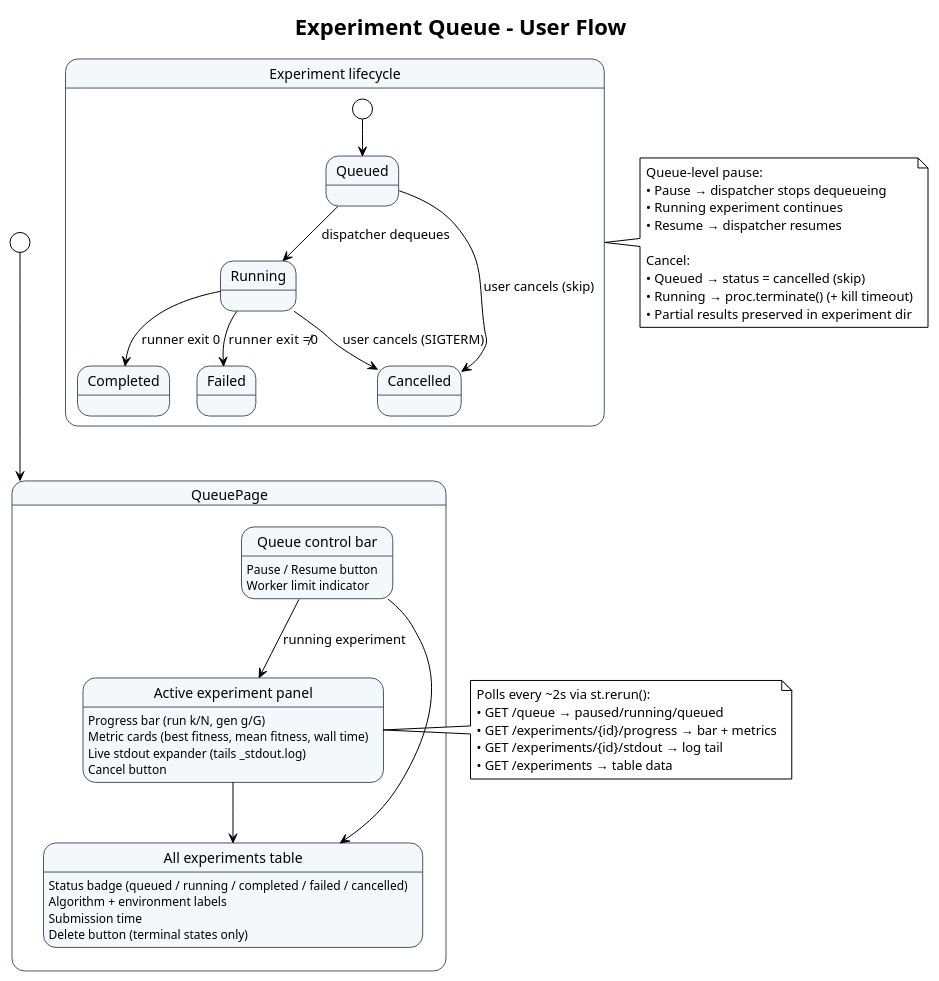
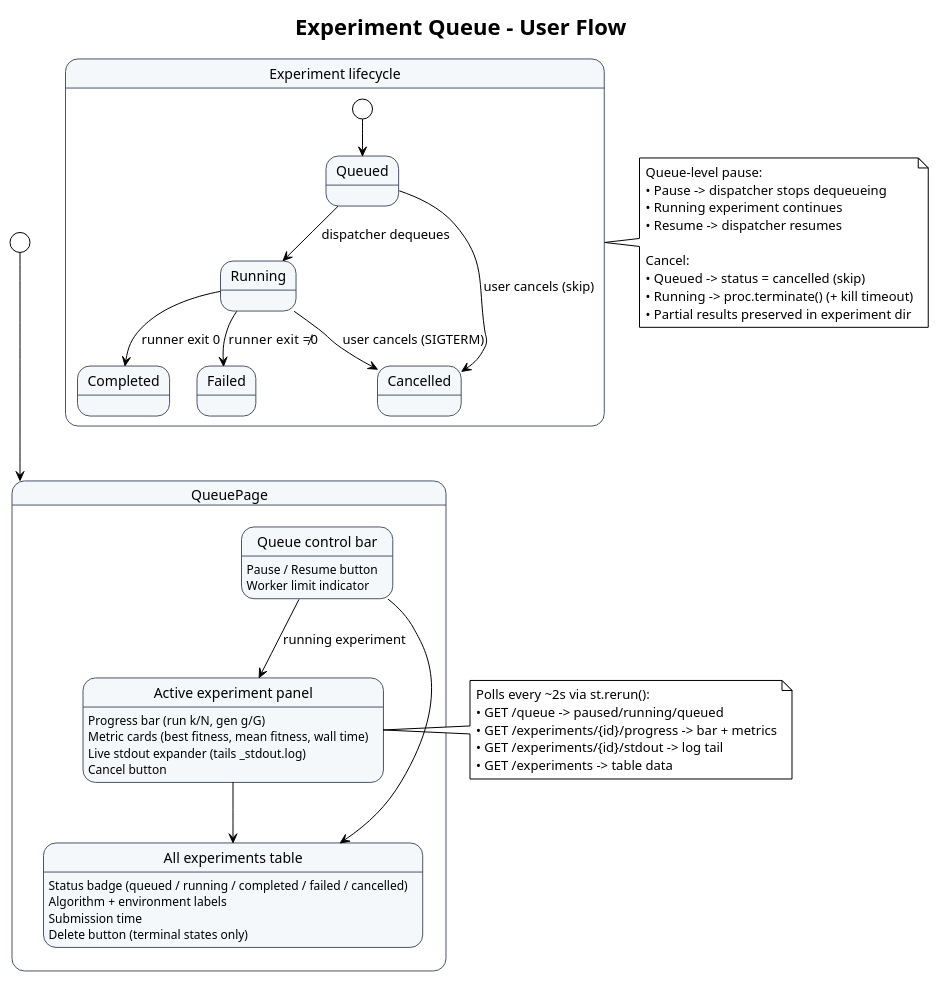
One commit to Alex180504/DEAP-Zoo-bridge changed the diagram in docs/UML/user_flow_queue.puml. Above: the diagram before and after it, drawn with PlantUML. The commit also changed 76 other files, not shown here.

```diff
--- a/docs/UML/user_flow_queue.puml
+++ b/docs/UML/user_flow_queue.puml
@@ -1,63 +1,63 @@
 @startuml user_flow_queue
 !theme plain
 title Experiment Queue – User Flow
 
 skinparam state {
   BackgroundColor #F5F8FA
   BorderColor #4A5568
 }
 
 [*] --> QueuePage
 
 state QueuePage {
     state "Queue control bar" as Ctrl {
         Ctrl : Pause / Resume button
         Ctrl : Worker limit indicator
     }
     state "Active experiment panel" as Active {
         Active : Progress bar (run k/N, gen g/G)
         Active : Metric cards (best fitness, mean fitness, wall time)
         Active : Live stdout expander (tails _stdout.log)
         Active : Cancel button
     }
     state "All experiments table" as Table {
         Table : Status badge (queued / running / completed / failed / cancelled)
         Table : Algorithm + environment labels
         Table : Submission time
         Table : Delete button (terminal states only)
     }
     Ctrl --> Active : running experiment
     Ctrl --> Table
     Active --> Table
 }
 
 state "Experiment lifecycle" as Lifecycle {
     [*] --> Queued
     Queued --> Running : dispatcher dequeues
     Running --> Completed : runner exit 0
     Running --> Failed : runner exit ≠0
     Running --> Cancelled : user cancels (SIGTERM)
     Queued --> Cancelled : user cancels (skip)
 }
 
 note right of Active
   Polls every ~2s via st.rerun():
-  • GET /queue → paused/running/queued
-  • GET /experiments/{id}/progress → bar + metrics
-  • GET /experiments/{id}/stdout → log tail
-  • GET /experiments → table data
+  • GET /queue -> paused/running/queued
+  • GET /experiments/{id}/progress -> bar + metrics
+  • GET /experiments/{id}/stdout -> log tail
+  • GET /experiments -> table data
 end note
 
 note right of Lifecycle
   Queue-level pause:
-  • Pause → dispatcher stops dequeueing
+  • Pause -> dispatcher stops dequeueing
   • Running experiment continues
-  • Resume → dispatcher resumes
+  • Resume -> dispatcher resumes
 
   Cancel:
-  • Queued → status = cancelled (skip)
-  • Running → proc.terminate() (+ kill timeout)
+  • Queued -> status = cancelled (skip)
+  • Running -> proc.terminate() (+ kill timeout)
   • Partial results preserved in experiment dir
 end note
 
 @enduml
```
